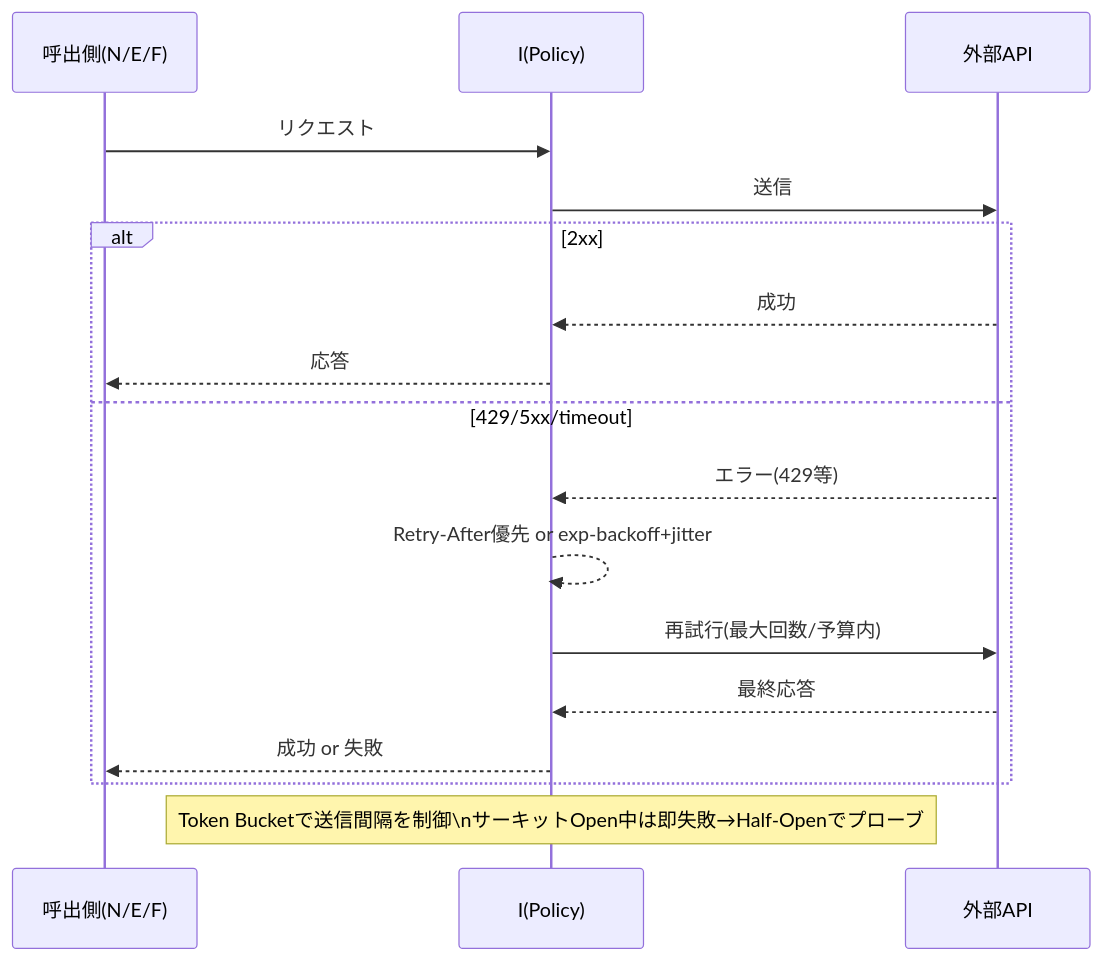
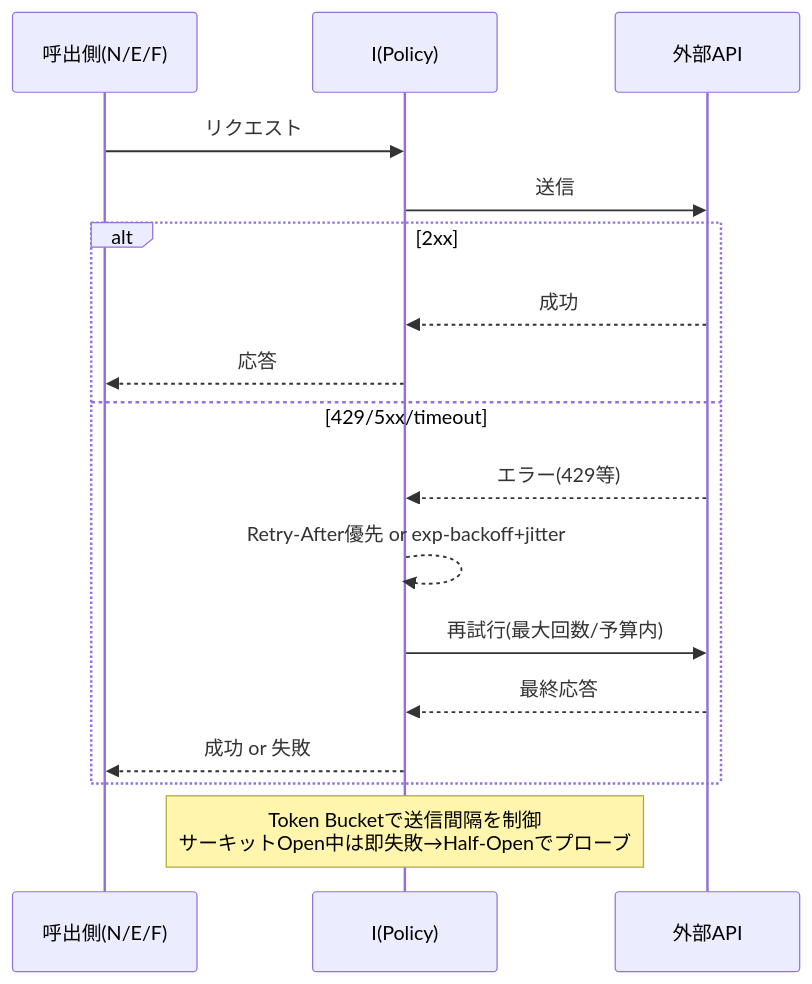
The diagram in docs/diagrams/05_error_control_retries.md (k-naruse3209/requirements_AI_assistant), drawn with Mermaid before and after one commit. The commit also changed other lines of this file and 8 other files, not shown here.

Commit message:
docs: remove scale_type in favor of dual columns; add optional ocean_features DDL; unify Mermaid line breaks to <br/>; align playbooks/specs

````diff
--- a/docs/diagrams/05_error_control_retries.md
+++ b/docs/diagrams/05_error_control_retries.md
@@ -5,19 +5,19 @@
 ```mermaid
 sequenceDiagram
   participant Caller as 呼出側(N/E/F)
   participant I as I(Policy)
   participant API as 外部API
   Caller->>I: リクエスト
   I->>API: 送信
   alt 2xx
     API-->>I: 成功
     I-->>Caller: 応答
   else 429/5xx/timeout
     API-->>I: エラー(429等)
     I-->>I: Retry-After優先 or exp-backoff+jitter
     I->>API: 再試行(最大回数/予算内)
     API-->>I: 最終応答
     I-->>Caller: 成功 or 失敗
   end
-  Note over I: Token Bucketで送信間隔を制御\nサーキットOpen中は即失敗→Half-Openでプローブ
+  Note over I: Token Bucketで送信間隔を制御<br/>サーキットOpen中は即失敗→Half-Openでプローブ
 ```
````
